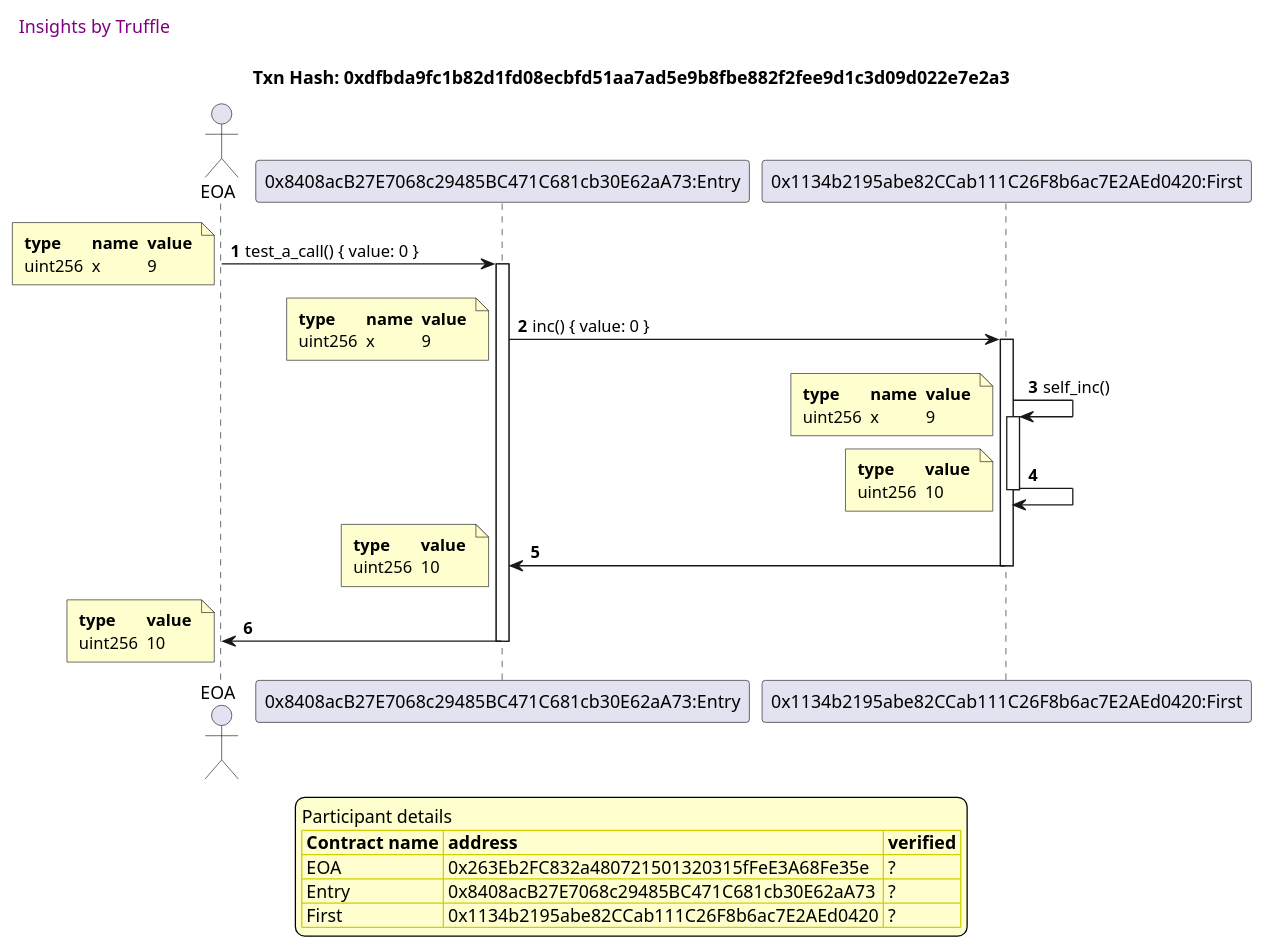
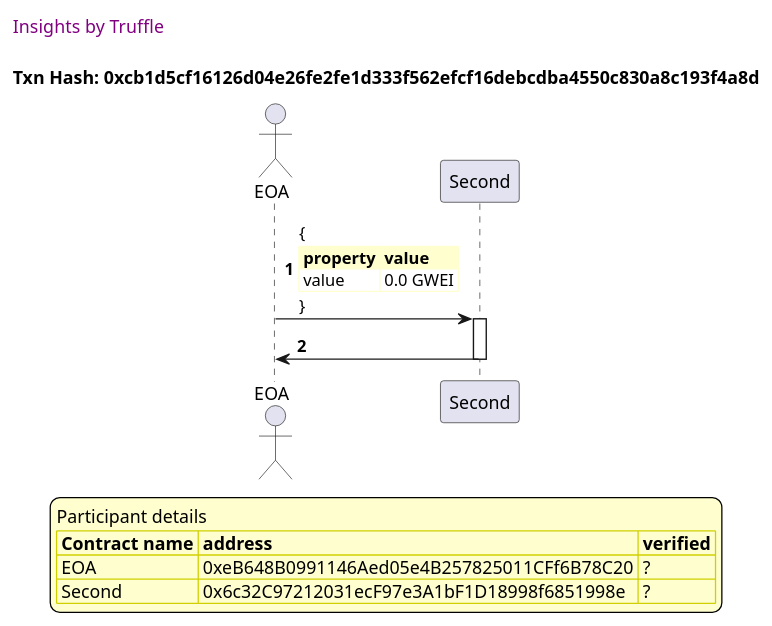
One commit to trufflesuite/txlog-seedlings changed the first of 3 diagrams in truffle-seq/basics.md. Above: the diagram before and after it, drawn with PlantUML. The commit also changed other lines of this file and 5 other files, not shown here.

````diff
--- a/truffle-seq/basics.md
+++ b/truffle-seq/basics.md
@@ -11,77 +13,45 @@
 ```plantuml
+
+
 @startuml
 
 autonumber
-
 skinparam legendBackgroundColor #FEFECE
 
 <style>
-
-header {
-  HorizontalAlignment left
-  FontColor purple
-  FontSize 14
-  Padding 10
-}
-
-</style>
-
+      header {
+        HorizontalAlignment left
+        FontColor purple
+        FontSize 14
+        Padding 10
+      }
+    </style>
 
 header Insights by Truffle
 
-title Txn Hash: 0xdfbda9fc1b82d1fd08ecbfd51aa7ad5e9b8fbe882f2fee9d1c3d09d022e7e2a3
+title Txn Hash: 0xcb1d5cf16126d04e26fe2fe1d333f562efcf16debcdba4550c830a8c193f4a8d
+
 
 actor EOA as "EOA"
-participant Entry_01 as "0x8408acB27E7068c29485BC471C681cb30E62aA73:Entry"
-participant First_01 as "0x1134b2195abe82CCab111C26F8b6ac7E2AEd0420:First"
 
-EOA -> Entry_01 ++: test_a_call() { value: 0 }
-note left #FEFECE
-<#FEFECE,#FEFECE>|= type |= name |= value |
-| uint256 | x | 9 |
-end note
+participant Second as "Second"
 
-Entry_01 -> First_01 ++: inc() { value: 0 }
-note left #FEFECE
-<#FEFECE,#FEFECE>|= type |= name |= value |
-| uint256 | x | 9 |
-end note
+"EOA" -> "Second" ++: {\n\
+<#FEFECE,#FEFECE>|= property |= value|\n\
+| value | 0.0 GWEI |\n\
+}
 
-First_01 -> First_01 ++: self_inc() 
-note left #FEFECE
-<#FEFECE,#FEFECE>|= type |= name |= value |
-| uint256 | x | 9 |
-end note
-
-First_01 -> First_01 --: 
-note left #FEFECE
-<#FEFECE,#FEFECE>|= type |= value |
-| uint256 | 10 |
-end note
-
-First_01 -> Entry_01 --: 
-note left #FEFECE
-<#FEFECE,#FEFECE>|= type |= value |
-| uint256 | 10 |
-end note
-
-Entry_01 -> EOA --: 
-note left #FEFECE
-<#FEFECE,#FEFECE>|= type |= value |
-| uint256 | 10 |
-end note
+"Second" -> "EOA" --: 
 
 
 
 legend
 Participant details
 <#FEFECE,#D0D000>|= Contract name |= address |= verified |
-<#FEFECE>| EOA | 0x263Eb2FC832a480721501320315fFeE3A68Fe35e | ? |
-<#FEFECE>| Entry | 0x8408acB27E7068c29485BC471C681cb30E62aA73 | ? |
-<#FEFECE>| First | 0x1134b2195abe82CCab111C26F8b6ac7E2AEd0420 | ? |
+<#FEFECE>| EOA | 0xeB648B0991146Aed05e4B257825011CFf6B78C20 | ? |
+<#FEFECE>| Second | 0x6c32C97212031ecF97e3A1bF1D18998f6851998e | ? |
 endlegend
-
 
 
 @enduml
 ```
````
